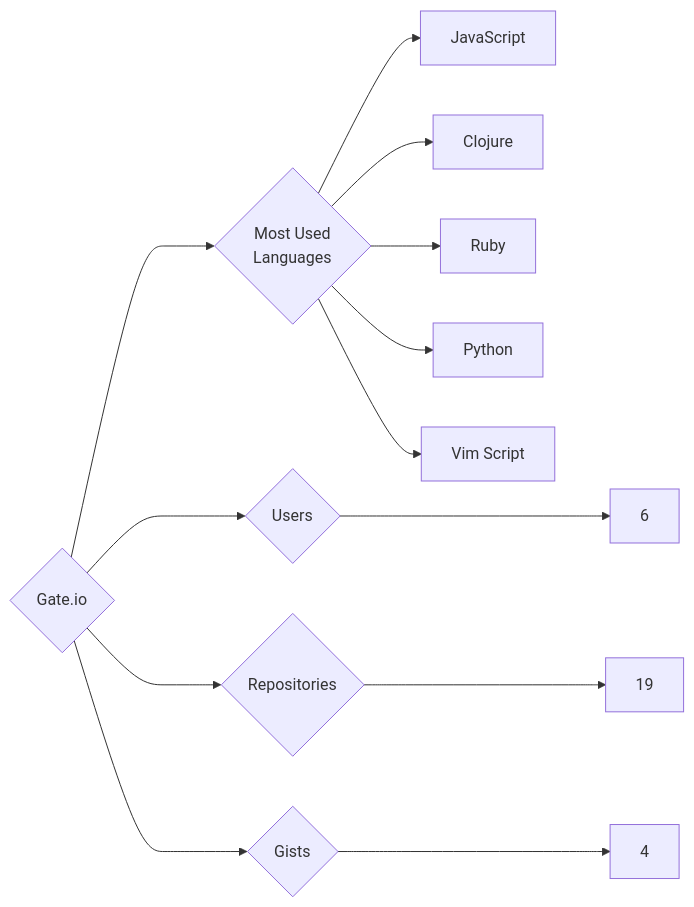
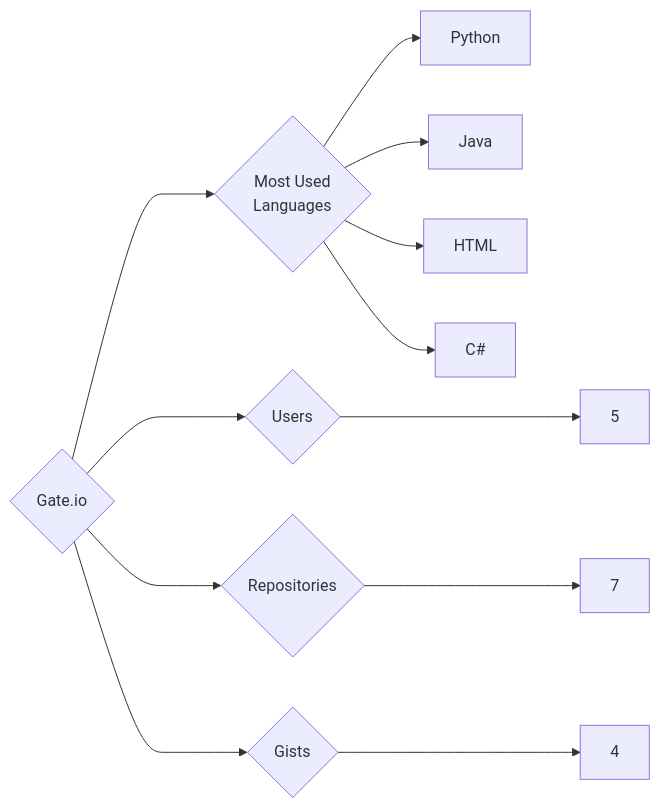
The diagram in targets/Gate.io/README.md (trickest/insiders), drawn with Mermaid before and after one commit. The commit also changed 1120 other files, not shown here.

````diff
--- a/targets/Gate.io/README.md
+++ b/targets/Gate.io/README.md
@@ -3,13 +3,12 @@
 ```mermaid
 graph LR
 COMPANY_NAME{Gate.io}
-COMPANY_NAME ---> U{Users} ---> UN[6]
-COMPANY_NAME ---> R{Repositories} ---> RN[19]
+COMPANY_NAME ---> U{Users} ---> UN[5]
+COMPANY_NAME ---> R{Repositories} ---> RN[7]
 COMPANY_NAME ---> G{Gists} ---> GN[4]
 COMPANY_NAME ---> ML{Most Used<br>Languages}
-ML --> JavaScript[JavaScript]
-ML --> Clojure[Clojure]
-ML --> Ruby[Ruby]
 ML --> Python[Python]
-ML --> Vim_Script[Vim Script]
+ML --> Java[Java]
+ML --> HTML[HTML]
+ML --> C#[C#]
 ```
````
